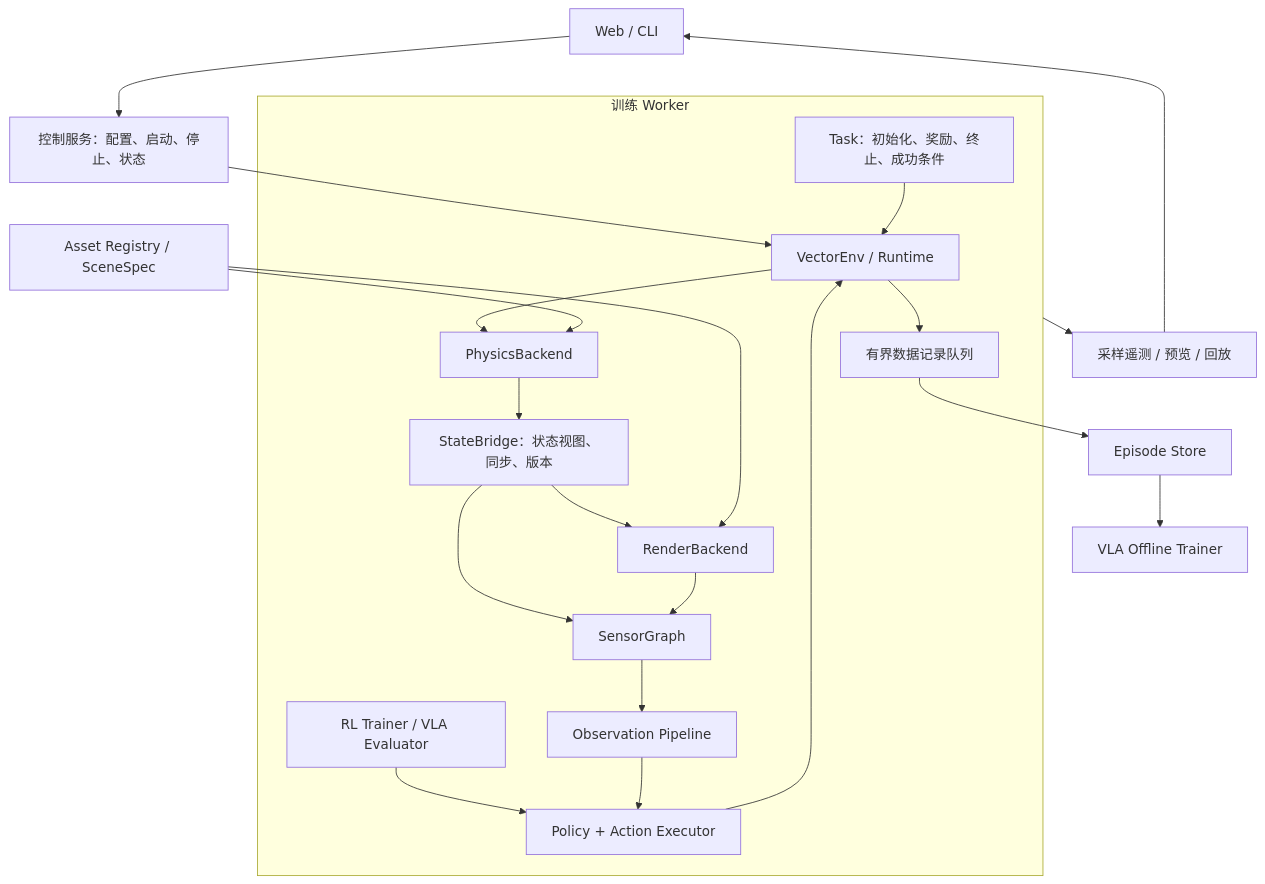
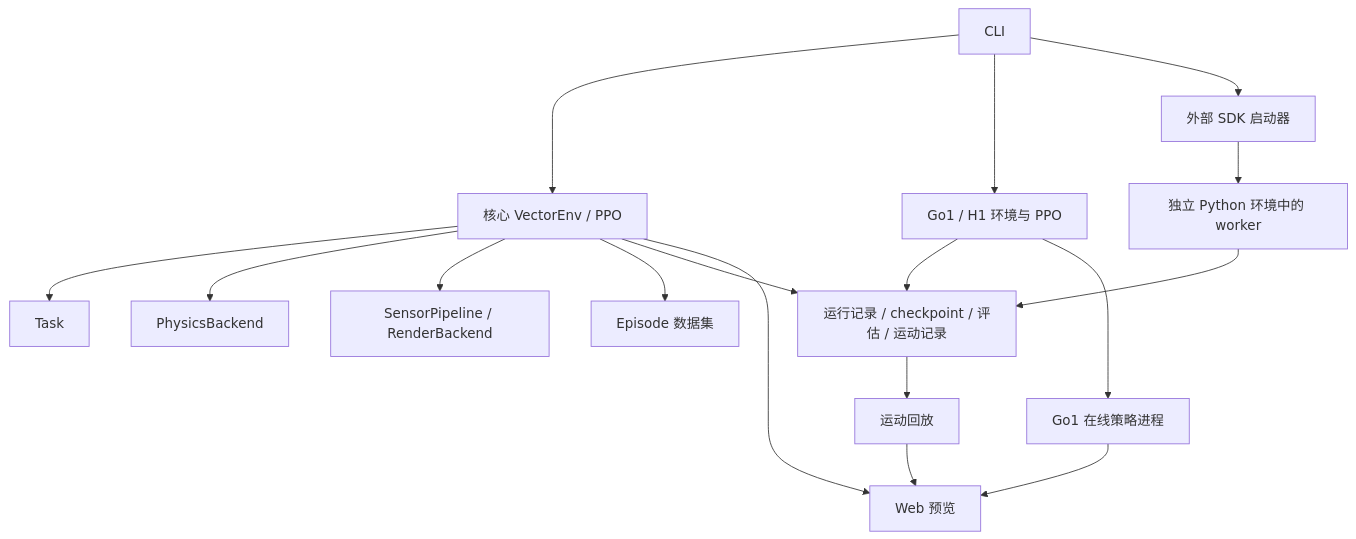
One commit to chase6305/EmbodiedForge changed the diagram in docs/architecture.md. Above: the diagram before and after it, drawn with Mermaid. The commit also changed other lines of this file and 449 other files, not shown here.

````diff
--- a/docs/architecture.md
+++ b/docs/architecture.md
@@ -15,24 +15,19 @@
 ```mermaid
 flowchart TB
-    UI[Web / CLI] --> CP[控制服务：配置、启动、停止、状态]
-    CP --> Env
-    subgraph W[训练 Worker]
-        Train[RL Trainer / VLA Evaluator] --> Policy[Policy + Action Executor]
-        Policy --> Env[VectorEnv / Runtime]
-        Task[Task：初始化、奖励、终止、成功条件] --> Env
-        Env --> Physics[PhysicsBackend]
-        Physics --> State[StateBridge：状态视图、同步、版本]
-        State --> Render[RenderBackend]
-        State --> Sensors[SensorGraph]
-        Render --> Sensors
-        Sensors --> Obs[Observation Pipeline]
-        Obs --> Policy
-        Env --> Record[有界数据记录队列]
-    end
-    Assets[Asset Registry / SceneSpec] --> Physics
-    Assets --> Render
-    Record --> Data[Episode Store]
-    Data --> Offline[VLA Offline Trainer]
-    W --> Telemetry[采样遥测 / 预览 / 回放]
-    Telemetry --> UI
+    CLI[CLI] --> Core[核心 VectorEnv / PPO]
+    CLI --> Native[Go1 / H1 环境与 PPO]
+    CLI --> SDK[外部 SDK 启动器]
+    Core --> Task[Task]
+    Core --> Physics[PhysicsBackend]
+    Core --> Sensors[SensorPipeline / RenderBackend]
+    Core --> Dataset[Episode 数据集]
+    SDK --> Worker[独立 Python 环境中的 worker]
+    Native --> Artifacts[运行记录 / checkpoint / 评估 / 运动记录]
+    Worker --> Artifacts
+    Core --> Artifacts
+    Core --> Preview[Web 预览]
+    Native --> Live[Go1 在线策略进程]
+    Live --> Preview
+    Artifacts --> Replay[运动回放]
+    Replay --> Preview
 ```
````
